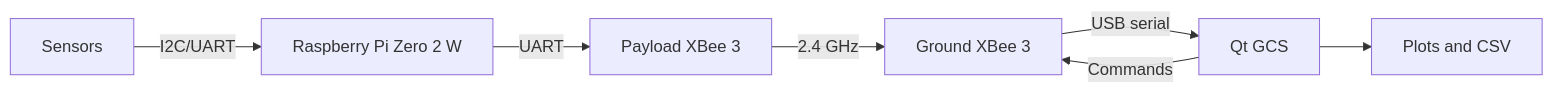
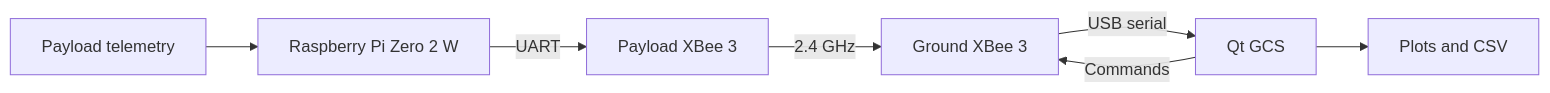
The first of 2 diagrams in docs/system_architecture.md (nur1091/konsat-model-satellite-system), drawn with Mermaid before and after one commit. The commit also changed other lines of this file and 17 other files, not shown here.

````diff
--- a/docs/system_architecture.md
+++ b/docs/system_architecture.md
@@ -9,9 +9,9 @@
 ```mermaid
 flowchart LR
-    S["Sensors"] -->|I2C/UART| P["Raspberry Pi Zero 2 W"]
+    S["Payload telemetry"] --> P["Raspberry Pi Zero 2 W"]
     P -->|UART| R1["Payload XBee 3"]
     R1 -->|2.4 GHz| R2["Ground XBee 3"]
     R2 -->|USB serial| Q["Qt GCS"]
     Q --> V["Plots and CSV"]
     Q -->|Commands| R2
 ```
````
